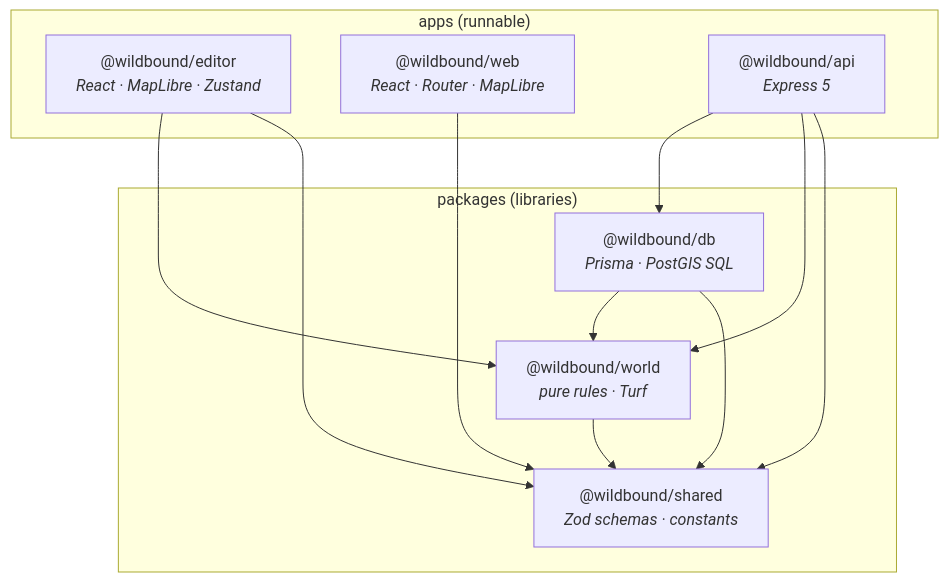
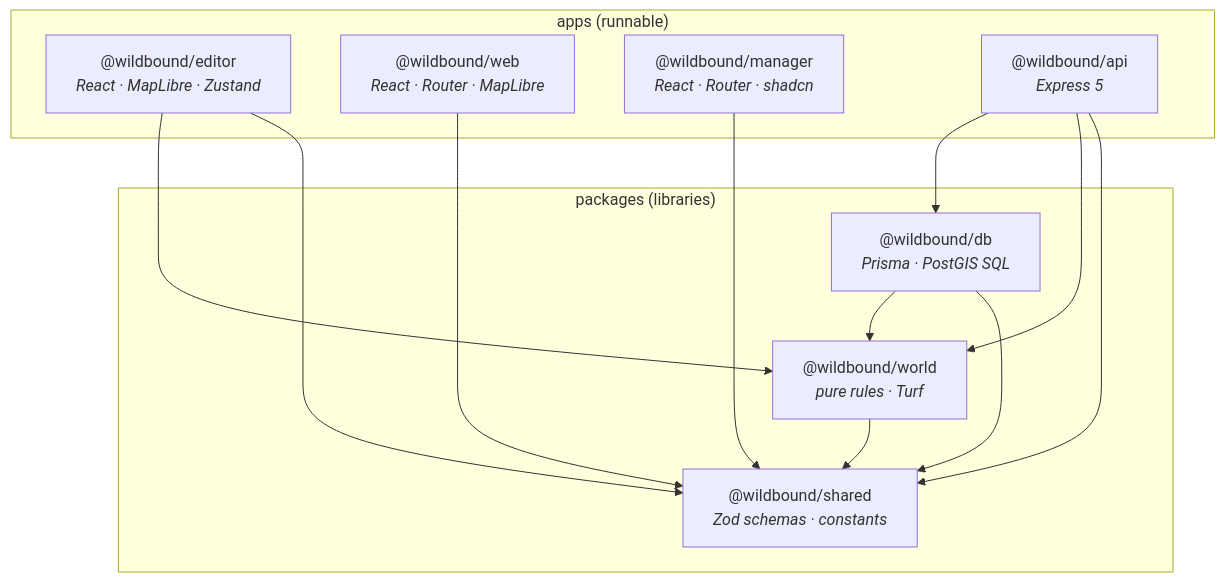
One commit to samceracas/wildbound changed the first of 5 diagrams in docs/01-architecture.md. Above: the diagram before and after it, drawn with Mermaid. The commit also changed other lines of this file and 21 other files, not shown here.

````diff
--- a/docs/01-architecture.md
+++ b/docs/01-architecture.md
@@ -54,22 +56,24 @@
 ```mermaid
 flowchart TB
     subgraph apps["apps (runnable)"]
         editor["@wildbound/editor<br/><i>React · MapLibre · Zustand</i>"]
         web["@wildbound/web<br/><i>React · Router · MapLibre</i>"]
+        manager["@wildbound/manager<br/><i>React · Router · shadcn</i>"]
         api["@wildbound/api<br/><i>Express 5</i>"]
     end
     subgraph packages["packages (libraries)"]
         db["@wildbound/db<br/><i>Prisma · PostGIS SQL</i>"]
         world["@wildbound/world<br/><i>pure rules · Turf</i>"]
         shared["@wildbound/shared<br/><i>Zod schemas · constants</i>"]
     end
     editor --> world
     editor --> shared
     web --> shared
+    manager --> shared
     api --> db
     api --> world
     api --> shared
     db --> world
     db --> shared
     world --> shared
 ```
````
